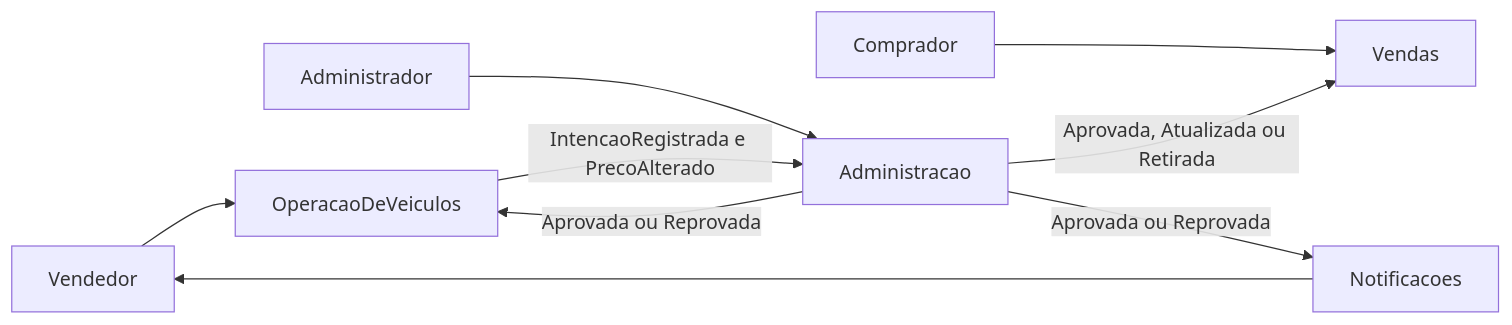
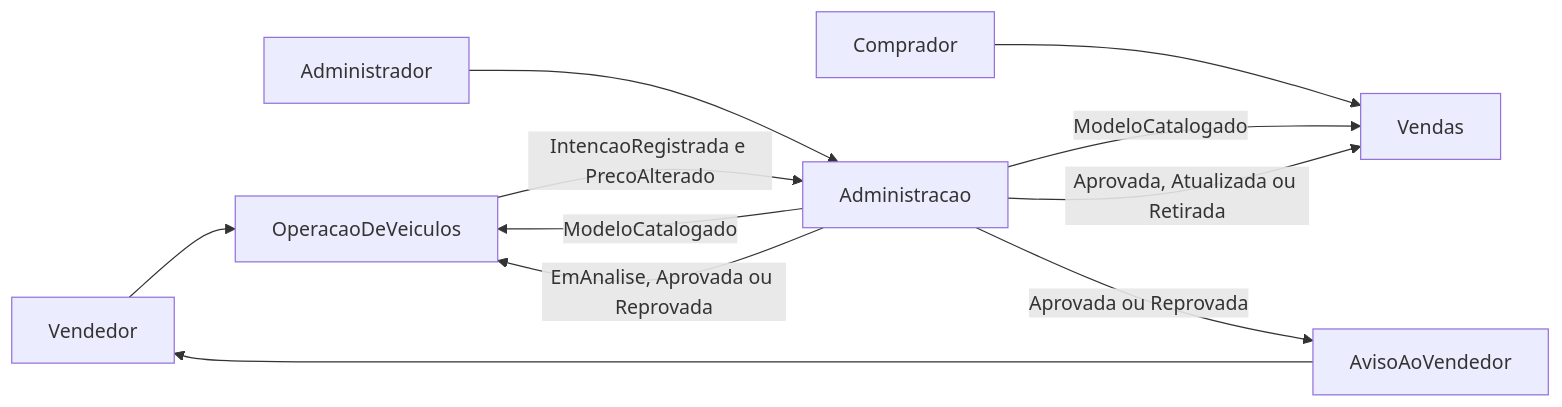
Before and after one commit to GuilhermeH/picareta-car-2.0: the diagram in README.md, drawn with Mermaid. The commit also changed other lines of this file and 4 other files, not shown here.

````diff
--- a/README.md
+++ b/README.md
@@ -26,11 +27,13 @@
 ```mermaid
 flowchart LR
   vendedor[Vendedor] --> operacao[OperacaoDeVeiculos]
   admin[Administrador] --> administracao[Administracao]
   comprador[Comprador] --> vendas[Vendas]
+  administracao -->|"ModeloCatalogado"| operacao
+  administracao -->|"ModeloCatalogado"| vendas
   operacao -->|"IntencaoRegistrada e PrecoAlterado"| administracao
-  administracao -->|"Aprovada ou Reprovada"| operacao
+  administracao -->|"EmAnalise, Aprovada ou Reprovada"| operacao
   administracao -->|"Aprovada, Atualizada ou Retirada"| vendas
-  administracao -->|"Aprovada ou Reprovada"| notificacoes[Notificacoes]
-  notificacoes --> vendedor
+  administracao -->|"Aprovada ou Reprovada"| aviso[AvisoAoVendedor]
+  aviso --> vendedor
 ```
````
